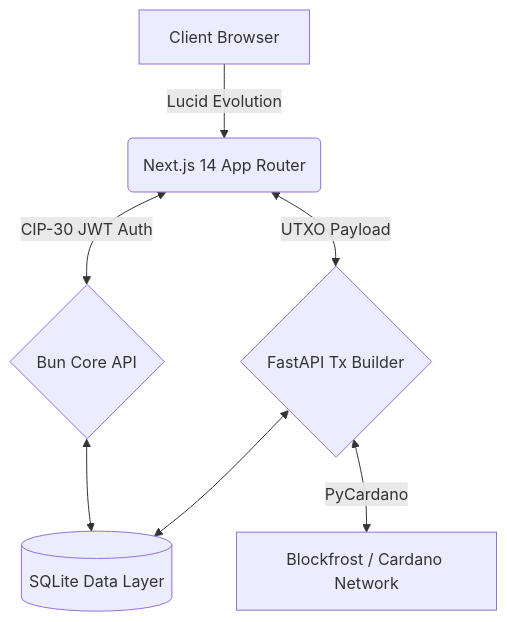
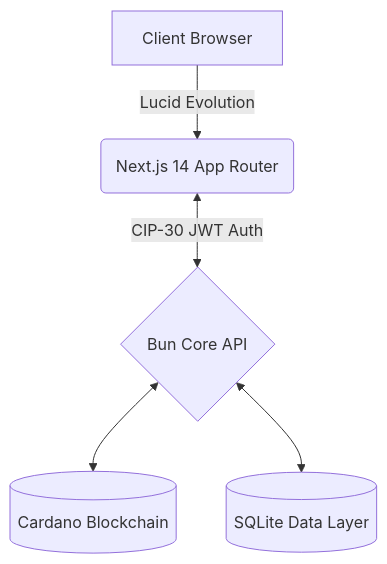
One commit to IanoNjuguna/bookish-worm changed the diagram in frontend/marketplace/README.md. Above: the diagram before and after it, drawn with Mermaid. The commit also changed other lines of this file, not shown here.

````diff
--- a/frontend/marketplace/README.md
+++ b/frontend/marketplace/README.md
@@ -21,9 +21,7 @@
 ```mermaid
 graph TD
     A[Client Browser] -->|Lucid Evolution| B(Next.js 14 App Router)
     B <-->|CIP-30 JWT Auth| C{Bun Core API}
+    C<--> E[(Cardano Blockchain)]
     C <--> D[(SQLite Data Layer)]
-    B <-->|UTXO Payload| E{FastAPI Tx Builder}
-    E <--> D
-    E <-->|PyCardano| F[Blockfrost / Cardano Network]
 ```
````
